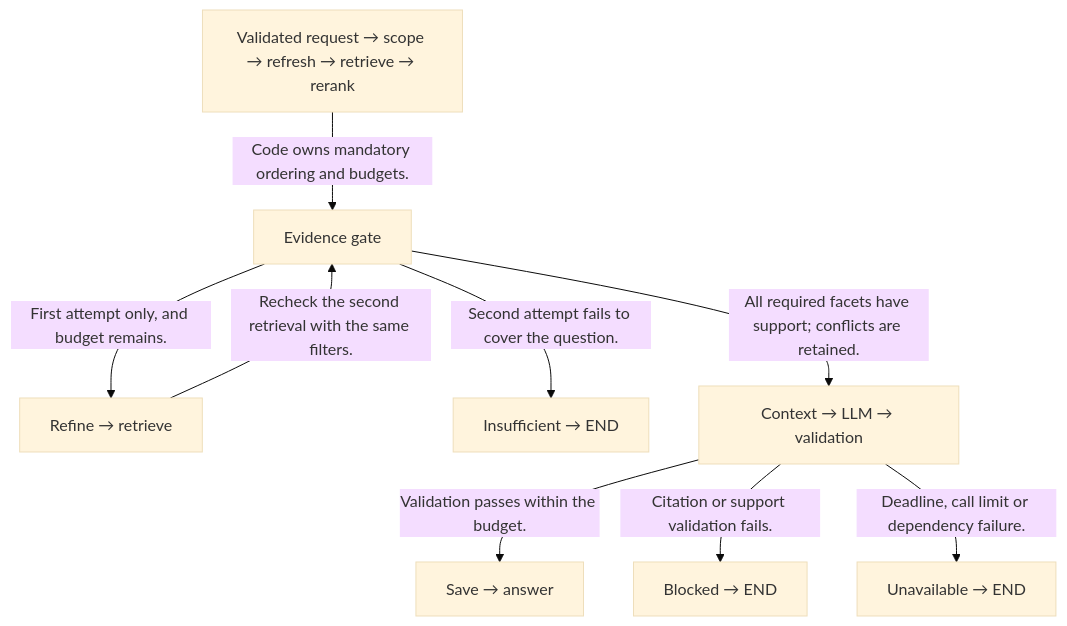
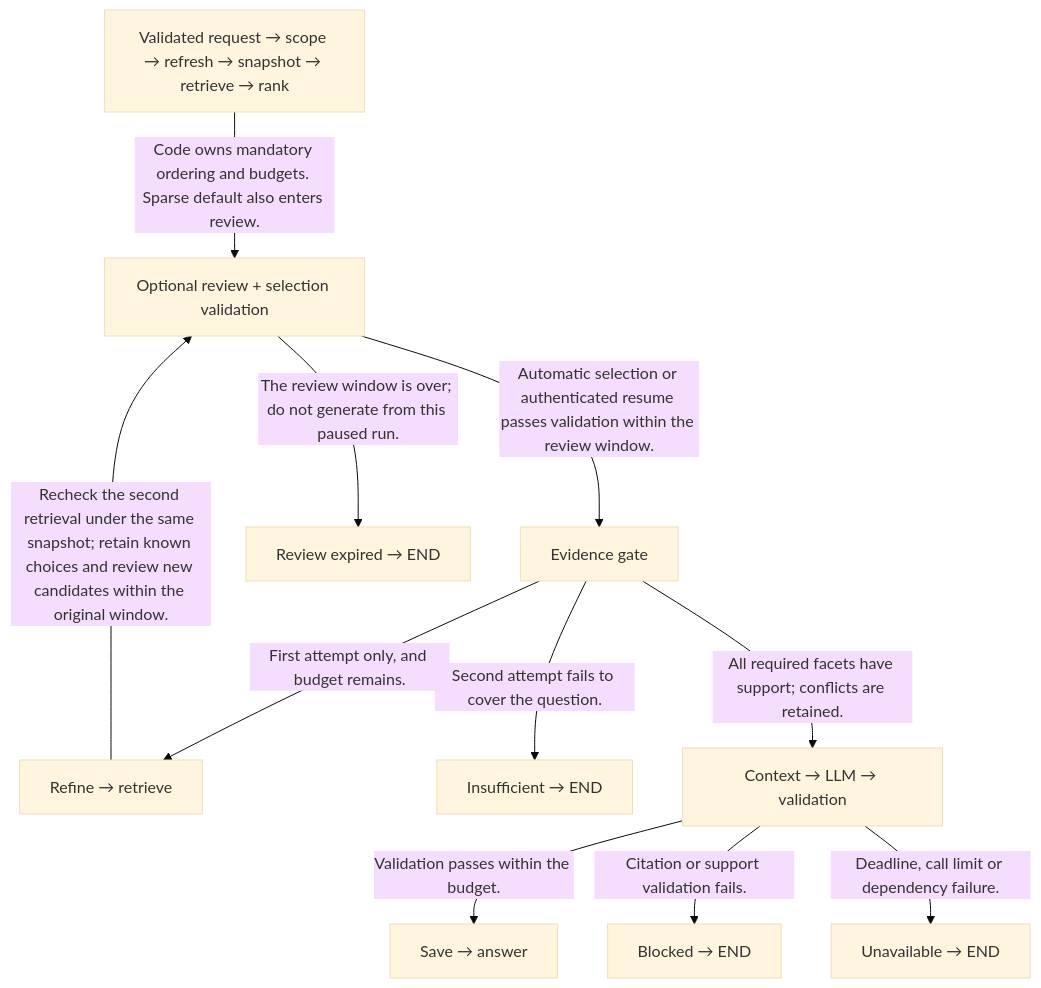
The fourth of 11 diagrams in public/downloads/financial-report-development-proposal.md (ByronHo68/ai-learning-academy), drawn with Mermaid (base theme) before and after one commit. The commit also changed other lines of this file and 64 other files, not shown here.

Commit message:
Add optional evidence review to stock research workflow and guide

````diff
--- a/public/downloads/financial-report-development-proposal.md
+++ b/public/downloads/financial-report-development-proposal.md
@@ -1619,19 +1811,23 @@
 ```mermaid
 flowchart TD
-  n0["Validated request → scope → refresh → retrieve → rerank"]
-  n1["Evidence gate"]
-  n2["Refine → retrieve"]
-  n3["Insufficient → END"]
-  n4["Context → LLM → validation"]
-  n5["Save → answer"]
-  n6["Blocked → END"]
-  n7["Unavailable → END"]
-  n0 -->|"Code owns mandatory ordering and budgets."| n1
-  n1 -->|"First attempt only, and budget remains."| n2
-  n2 -->|"Recheck the second retrieval with the same filters."| n1
-  n1 -->|"Second attempt fails to cover the question."| n3
-  n1 -->|"All required facets have support; conflicts are retained."| n4
-  n4 -->|"Validation passes within the budget."| n5
-  n4 -->|"Citation or support validation fails."| n6
-  n4 -->|"Deadline, call limit or dependency failure."| n7
+  n0["Validated request → scope → refresh → snapshot → retrieve → rank"]
+  n1["Optional review + selection validation"]
+  n2["Evidence gate"]
+  n3["Review expired → END"]
+  n4["Refine → retrieve"]
+  n5["Insufficient → END"]
+  n6["Context → LLM → validation"]
+  n7["Save → answer"]
+  n8["Blocked → END"]
+  n9["Unavailable → END"]
+  n0 -->|"Code owns mandatory ordering and budgets. Sparse default also enters review."| n1
+  n1 -->|"Automatic selection or authenticated resume passes validation within the review window."| n2
+  n1 -->|"The review window is over; do not generate from this paused run."| n3
+  n2 -->|"First attempt only, and budget remains."| n4
+  n4 -->|"Recheck the second retrieval under the same snapshot; retain known choices and review new candidates within the original window."| n1
+  n2 -->|"Second attempt fails to cover the question."| n5
+  n2 -->|"All required facets have support; conflicts are retained."| n6
+  n6 -->|"Validation passes within the budget."| n7
+  n6 -->|"Citation or support validation fails."| n8
+  n6 -->|"Deadline, call limit or dependency failure."| n9
 ```
````
